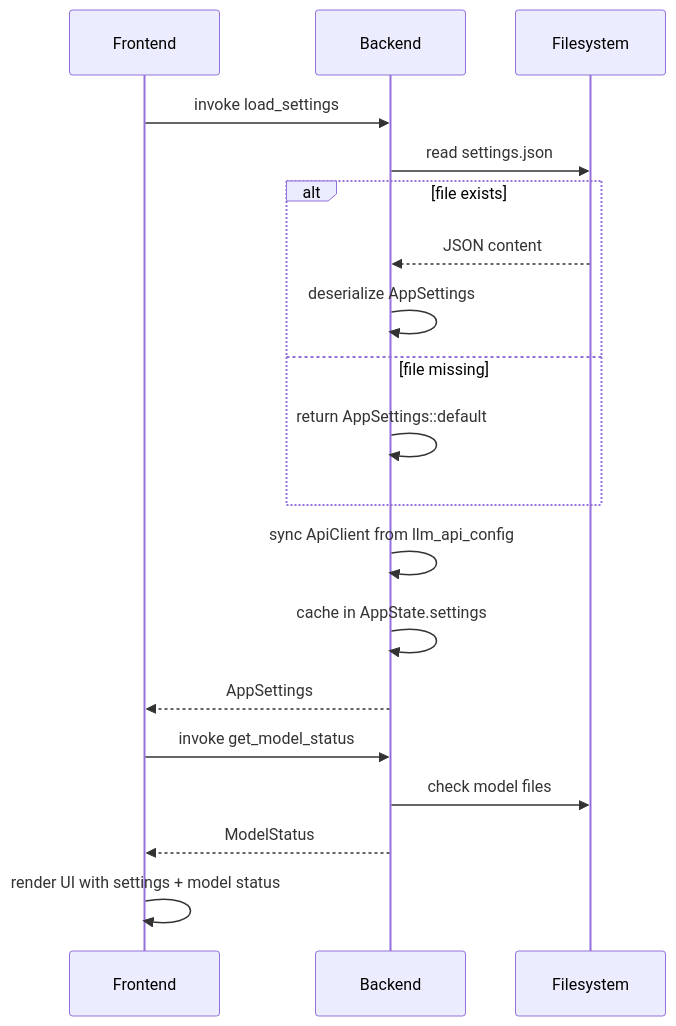
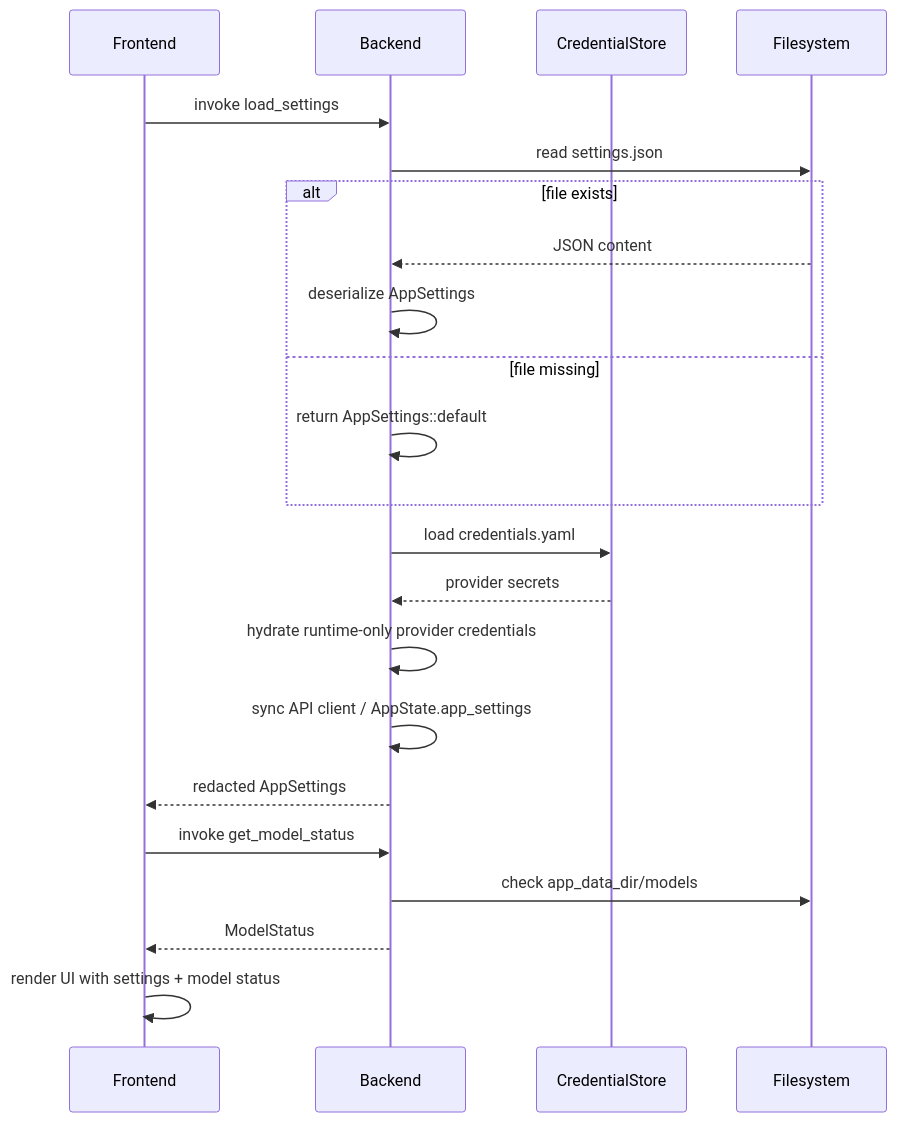
The first of 4 diagrams in docs/SETTINGS_DESIGN.md (Codeseys-Labs/audio-graph), drawn with Mermaid before and after one commit. The commit also changed other lines of this file and 17 other files, not shown here.

````diff
--- a/docs/SETTINGS_DESIGN.md
+++ b/docs/SETTINGS_DESIGN.md
@@ -820,24 +821,27 @@
 ```mermaid
 sequenceDiagram
     participant FE as Frontend
     participant BE as Backend
+    participant CRED as CredentialStore
     participant FS as Filesystem
 
     FE->>BE: invoke load_settings
     BE->>FS: read settings.json
     alt file exists
         FS-->>BE: JSON content
         BE->>BE: deserialize AppSettings
     else file missing
         BE->>BE: return AppSettings::default
     end
-    BE->>BE: sync ApiClient from llm_api_config
-    BE->>BE: cache in AppState.settings
-    BE-->>FE: AppSettings
+    BE->>CRED: load credentials.yaml
+    CRED-->>BE: provider secrets
+    BE->>BE: hydrate runtime-only provider credentials
+    BE->>BE: sync API client / AppState.app_settings
+    BE-->>FE: redacted AppSettings
 
     FE->>BE: invoke get_model_status
-    BE->>FS: check model files
+    BE->>FS: check app_data_dir/models
     BE-->>FE: ModelStatus
 
     FE->>FE: render UI with settings + model status
 ```
````
